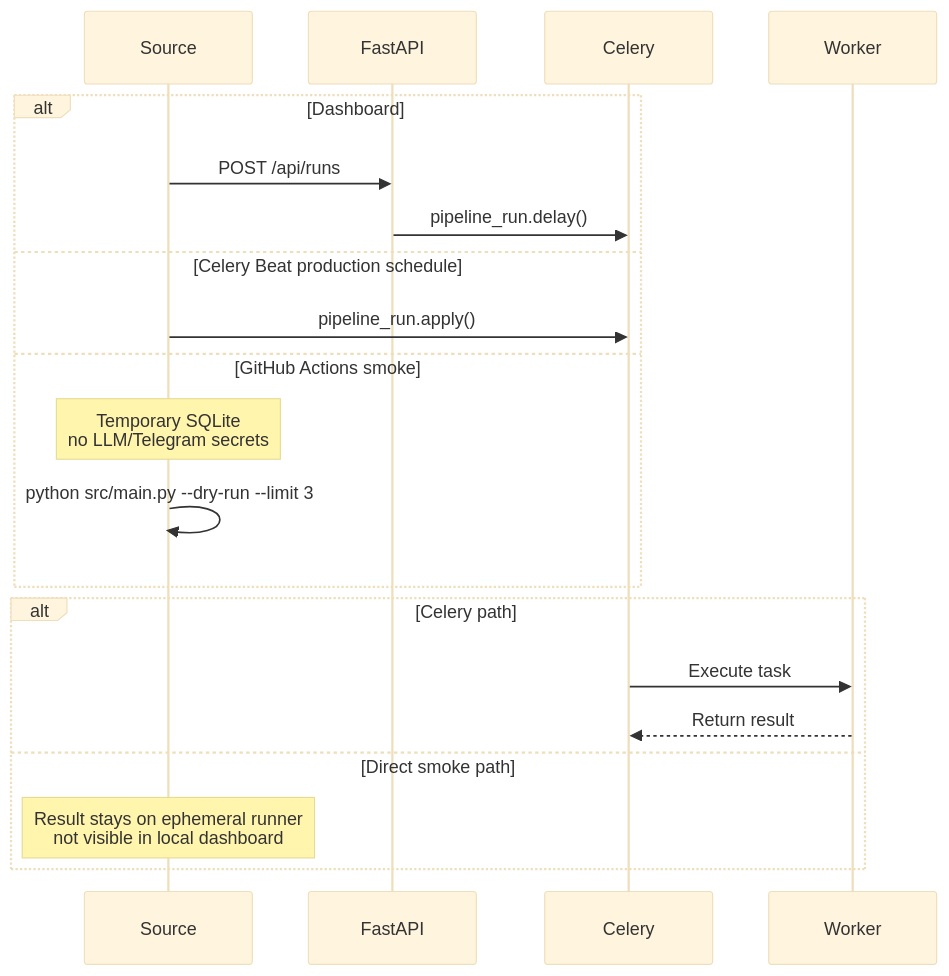
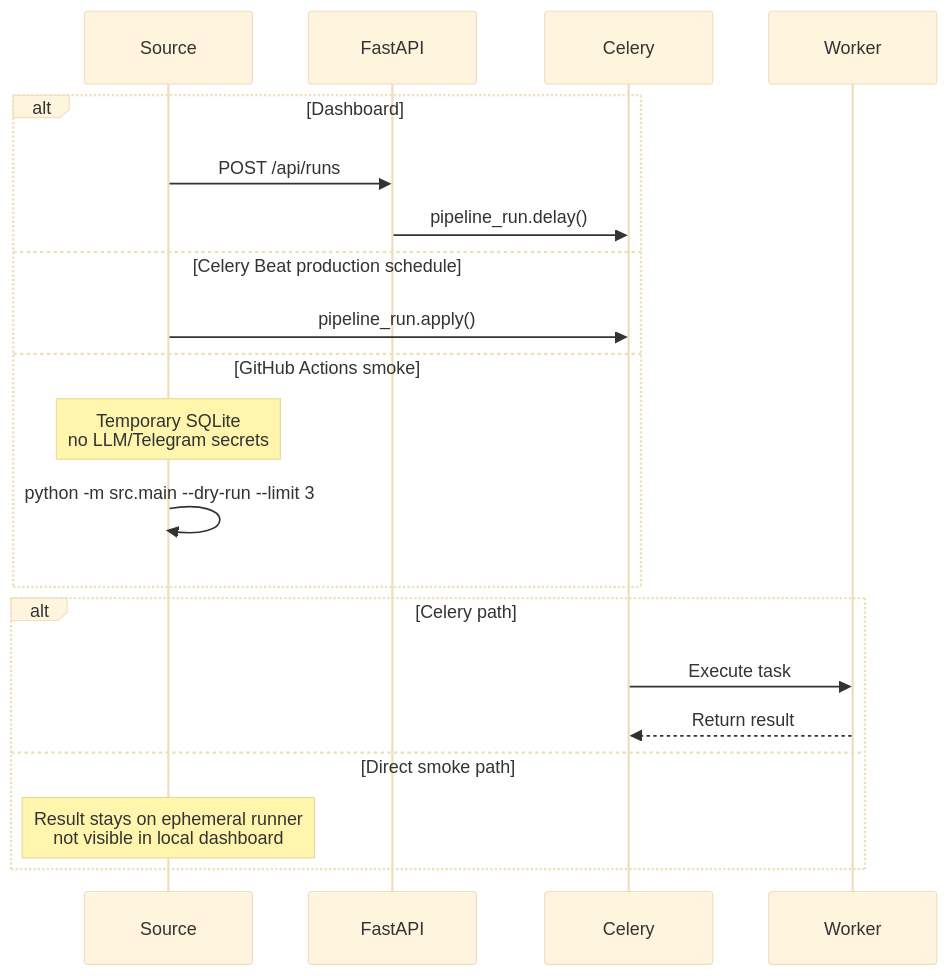
Before and after one commit to ryantr-statinops/ScrawlNews: the fifth of 5 diagrams in docs/PROJECT_KNOWLEDGE/DOMAIN_CONCEPTS/pipeline/02-sequence.md, drawn with Mermaid (base theme). The commit also changed 9 other files, not shown here.

````diff
--- a/docs/PROJECT_KNOWLEDGE/DOMAIN_CONCEPTS/pipeline/02-sequence.md
+++ b/docs/PROJECT_KNOWLEDGE/DOMAIN_CONCEPTS/pipeline/02-sequence.md
@@ -127,24 +127,24 @@
 ```mermaid
 sequenceDiagram
     participant Source
     participant FastAPI
     participant Celery
     participant Worker
 
     alt Dashboard
         Source->>FastAPI: POST /api/runs
         FastAPI->>Celery: pipeline_run.delay()
     else Celery Beat production schedule
         Source->>Celery: pipeline_run.apply()
     else GitHub Actions smoke
         Note over Source: Temporary SQLite<br/>no LLM/Telegram secrets
-        Source->>Source: python src/main.py --dry-run --limit 3
+        Source->>Source: python -m src.main --dry-run --limit 3
     end
 
     alt Celery path
         Celery->>Worker: Execute task
         Worker-->>Celery: Return result
     else Direct smoke path
         Note over Source: Result stays on ephemeral runner<br/>not visible in local dashboard
     end
 ```
````
